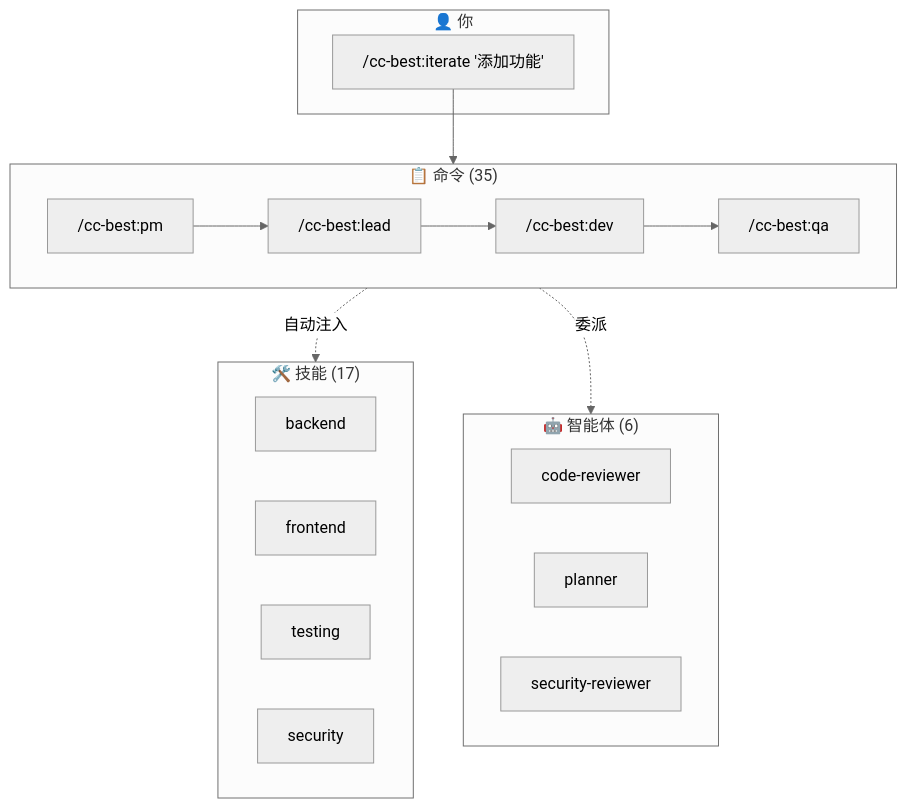
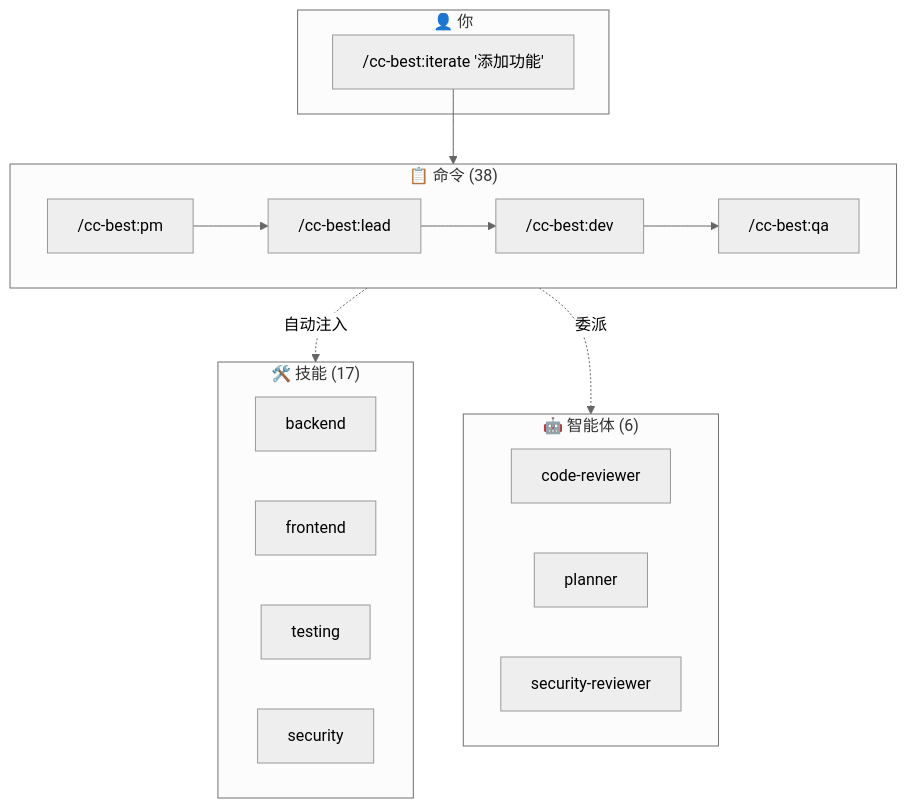
Before and after one commit to xiaobei930/cc-best: the second of 2 diagrams in README.zh-CN.md, drawn with Mermaid (neutral theme). The commit also changed other lines of this file and 54 other files, not shown here.

````diff
--- a/README.zh-CN.md
+++ b/README.zh-CN.md
@@ -253,27 +260,27 @@
 ```mermaid
 flowchart TB
     subgraph User["👤 你"]
         CMD["/cc-best:iterate '添加功能'"]
     end
 
-    subgraph Commands["📋 命令 (35)"]
+    subgraph Commands["📋 命令 (38)"]
         PM["/cc-best:pm"] --> Lead["/cc-best:lead"] --> Dev["/cc-best:dev"] --> QA["/cc-best:qa"]
     end
 
     subgraph Skills["🛠️ 技能 (17)"]
         S1["backend"]
         S2["frontend"]
         S3["testing"]
         S4["security"]
     end
 
     subgraph Agents["🤖 智能体 (6)"]
         A1["code-reviewer"]
         A2["planner"]
         A3["security-reviewer"]
     end
 
     CMD --> Commands
     Commands -.->|"自动注入"| Skills
     Commands -.->|"委派"| Agents
 ```
````
